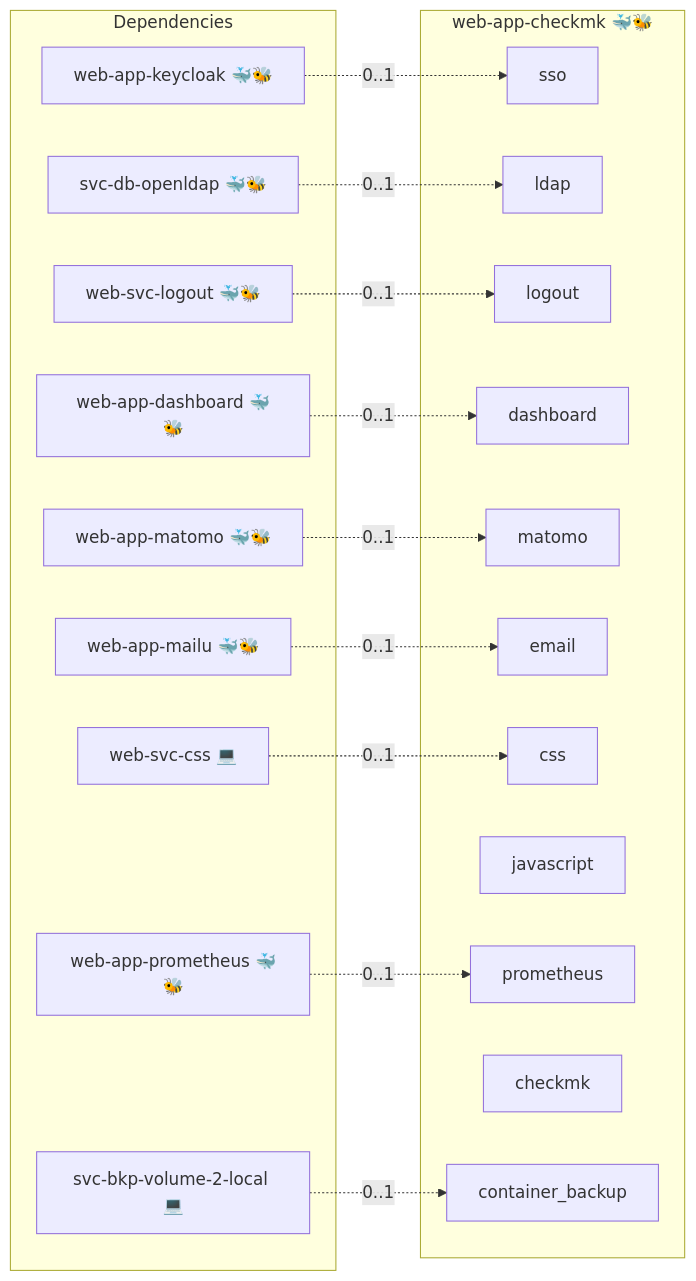
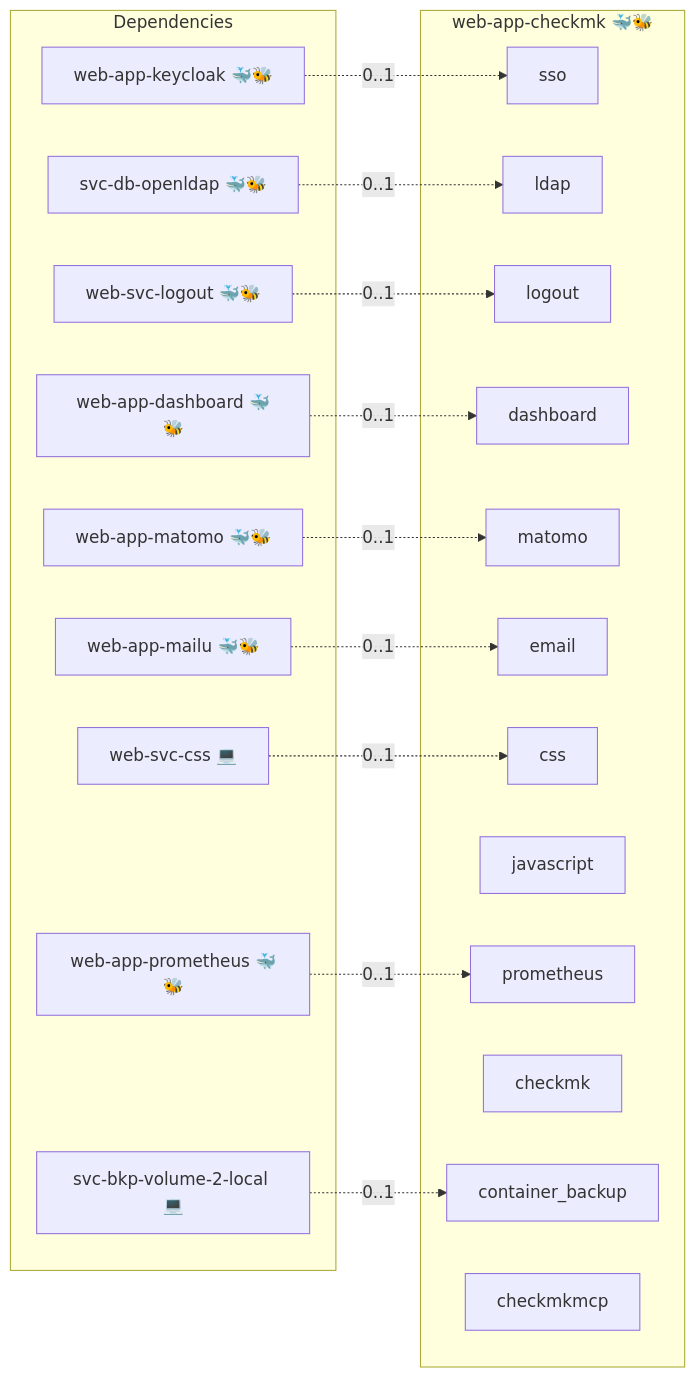
One commit to infinito-nexus/core changed the diagram in roles/web-app-checkmk/README.md. Above: the diagram before and after it, drawn with Mermaid. The commit also changed 142 other files, not shown here.

````diff
--- a/roles/web-app-checkmk/README.md
+++ b/roles/web-app-checkmk/README.md
@@ -15,36 +15,37 @@
 ```mermaid
 flowchart LR
     subgraph deps [Dependencies]
         dep_svc_bkp_volume_2_local["svc-bkp-volume-2-local 💻"]
         dep_svc_db_openldap["svc-db-openldap 🐳🐝"]
         dep_web_app_dashboard["web-app-dashboard 🐳🐝"]
         dep_web_app_keycloak["web-app-keycloak 🐳🐝"]
         dep_web_app_mailu["web-app-mailu 🐳🐝"]
         dep_web_app_matomo["web-app-matomo 🐳🐝"]
         dep_web_app_prometheus["web-app-prometheus 🐳🐝"]
         dep_web_svc_css["web-svc-css 💻"]
         dep_web_svc_logout["web-svc-logout 🐳🐝"]
     end
     subgraph role [web-app-checkmk 🐳🐝]
         svc_sso["sso"]
         svc_ldap["ldap"]
         svc_logout["logout"]
         svc_dashboard["dashboard"]
         svc_matomo["matomo"]
         svc_email["email"]
         svc_css["css"]
         svc_javascript["javascript"]
         svc_prometheus["prometheus"]
         svc_checkmk["checkmk"]
         svc_container_backup["container_backup"]
+        svc_checkmkmcp["checkmkmcp"]
     end
     dep_svc_bkp_volume_2_local -. "0..1" .-> svc_container_backup
     dep_svc_db_openldap -. "0..1" .-> svc_ldap
     dep_web_app_dashboard -. "0..1" .-> svc_dashboard
     dep_web_app_keycloak -. "0..1" .-> svc_sso
     dep_web_app_mailu -. "0..1" .-> svc_email
     dep_web_app_matomo -. "0..1" .-> svc_matomo
     dep_web_app_prometheus -. "0..1" .-> svc_prometheus
     dep_web_svc_css -. "0..1" .-> svc_css
     dep_web_svc_logout -. "0..1" .-> svc_logout
 ```
````
